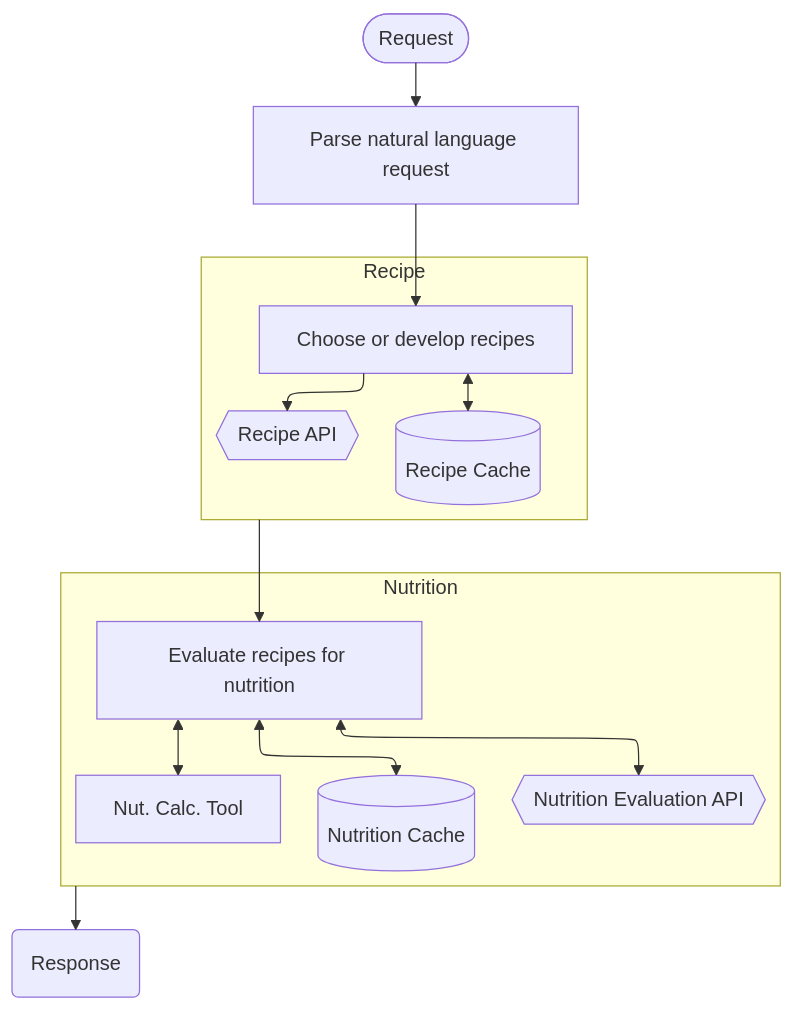
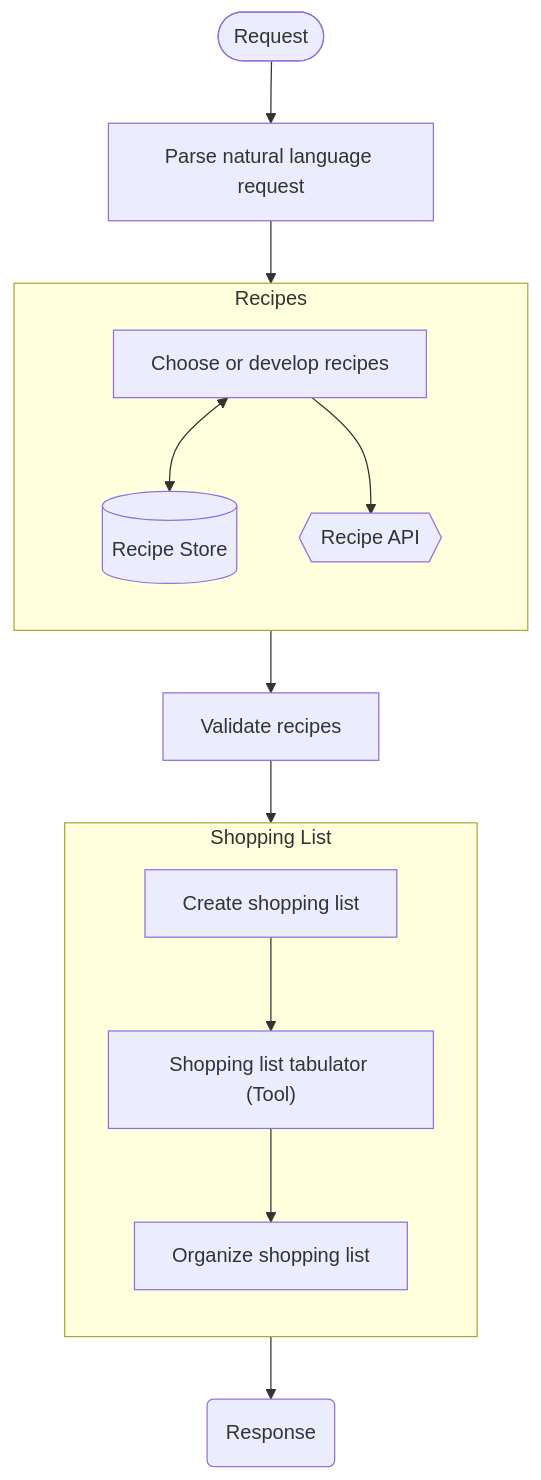
One commit to pjorgen/aiml-meal-plan-assistant changed the diagram in README.md. Above: the diagram before and after it, drawn with Mermaid. The commit also changed other lines of this file, not shown here.

````diff
--- a/README.md
+++ b/README.md
@@ -21,20 +21,21 @@
 ```mermaid
-flowchart 
-    %%{init: {"flowchart": {"defaultRenderer": "elk"}} }%%
+flowchart
     A(["Request"])
     A --> B["Parse natural language request"]
-    B --> C
-    subgraph Recipe
+    B --> ide1
+    subgraph ide1 ["Recipes"]
+        direction TB
         C["Choose or develop recipes"]
-        C <--> D[("Recipe Cache")]
+        C <--> D[("Recipe Store")]
         C --> K{{"Recipe API"}}
     end
-    Recipe --> E
-    subgraph Nutrition
-        E["Evaluate recipes for nutrition"]
-        E <--> F{{"Nutrition Evaluation API"}}
-        E <--> G[("Nutrition Cache")]
-        E <--> H["Nut. Calc. Tool"]
+    L["Validate recipes"]
+    ide1 --> L --> ide2
+    subgraph ide2 ["Shopping List"]
+        direction TB
+        E["Create shopping list"]
+        E --> F["Shopping list tabulator (Tool)"]
+        F --> G["Organize shopping list"]
     end
-    Nutrition --> I("Response")
+    ide2 --> I("Response")
 ```
````
